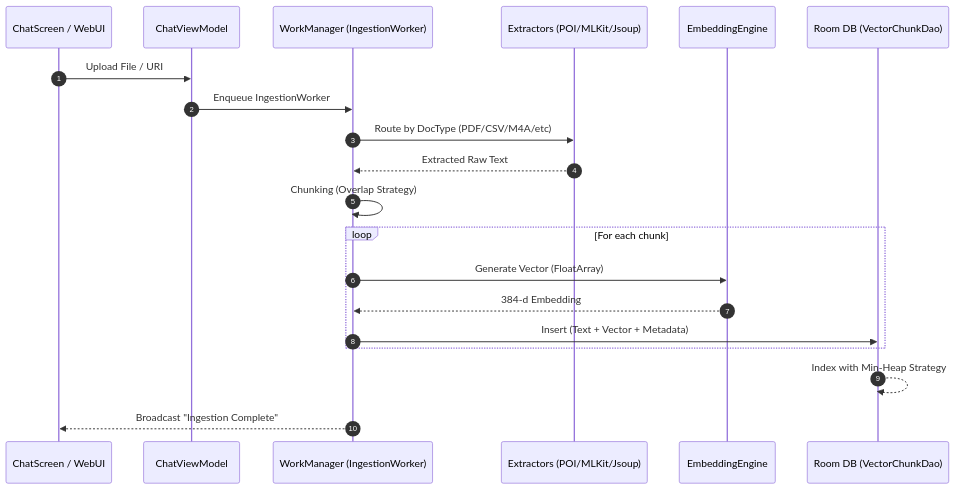
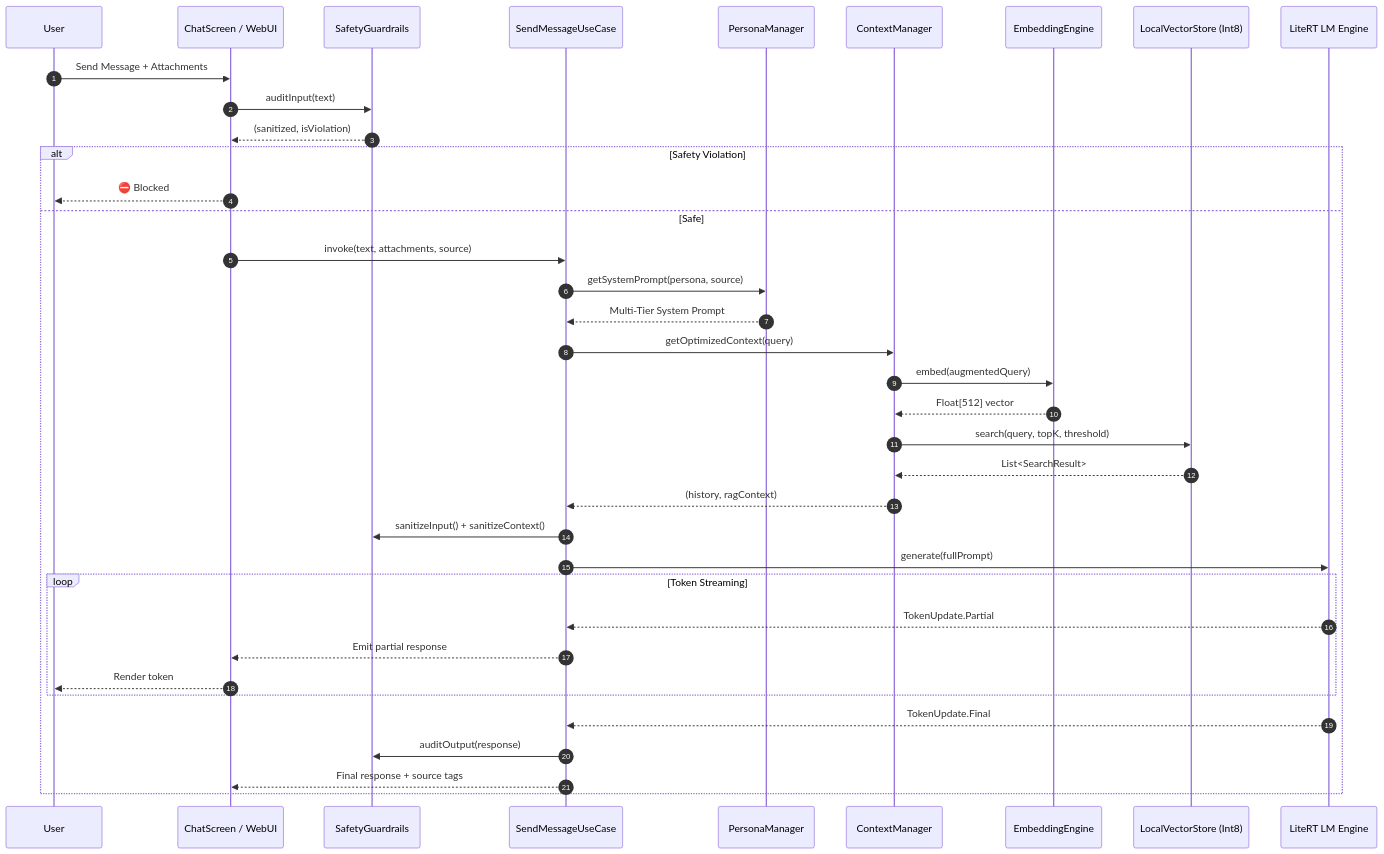
The second of 4 diagrams in README.md (kallolchakraborty/Chhanda-AI), drawn with Mermaid before and after one commit. The commit also changed other lines of this file and 23 other files, not shown here.

````diff
--- a/README.md
+++ b/README.md
@@ -244,23 +203,40 @@
 ```mermaid
 sequenceDiagram
     autonumber
+    participant U as User
     participant UI as ChatScreen / WebUI
-    participant VM as ChatViewModel
-    participant WM as WorkManager (IngestionWorker)
-    participant EXT as Extractors (POI/MLKit/Jsoup)
+    participant SG as SafetyGuardrails
+    participant SM as SendMessageUseCase
+    participant PM as PersonaManager
+    participant CM as ContextManager
     participant EE as EmbeddingEngine
-    participant DB as Room DB (VectorChunkDao)
-    
-    UI->>VM: Upload File / URI
-    VM->>WM: Enqueue IngestionWorker
-    WM->>EXT: Route by DocType (PDF/CSV/M4A/etc)
-    EXT-->>WM: Extracted Raw Text
-    WM->>WM: Chunking (Overlap Strategy)
-    loop For each chunk
-        WM->>EE: Generate Vector (FloatArray)
-        EE-->>WM: 384-d Embedding
-        WM->>DB: Insert (Text + Vector + Metadata)
+    participant VS as LocalVectorStore (Int8)
+    participant LLM as LiteRT LM Engine
+
+    U->>UI: Send Message + Attachments
+    UI->>SG: auditInput(text)
+    SG-->>UI: (sanitized, isViolation)
+    alt Safety Violation
+        UI-->>U: ⛔ Blocked
+    else Safe
+        UI->>SM: invoke(text, attachments, source)
+        SM->>PM: getSystemPrompt(persona, source)
+        PM-->>SM: Multi-Tier System Prompt
+        SM->>CM: getOptimizedContext(query)
+        CM->>EE: embed(augmentedQuery)
+        EE-->>CM: Float[512] vector
+        CM->>VS: search(query, topK, threshold)
+        VS-->>CM: List<SearchResult>
+        CM-->>SM: (history, ragContext)
+        SM->>SG: sanitizeInput() + sanitizeContext()
+        SM->>LLM: generate(fullPrompt)
+        loop Token Streaming
+            LLM-->>SM: TokenUpdate.Partial
+            SM-->>UI: Emit partial response
+            UI-->>U: Render token
+        end
+        LLM-->>SM: TokenUpdate.Final
+        SM->>SG: auditOutput(response)
+        SM-->>UI: Final response + source tags
     end
-    DB-->>DB: Index with Min-Heap Strategy
-    WM-->>UI: Broadcast "Ingestion Complete"
 ```
````
